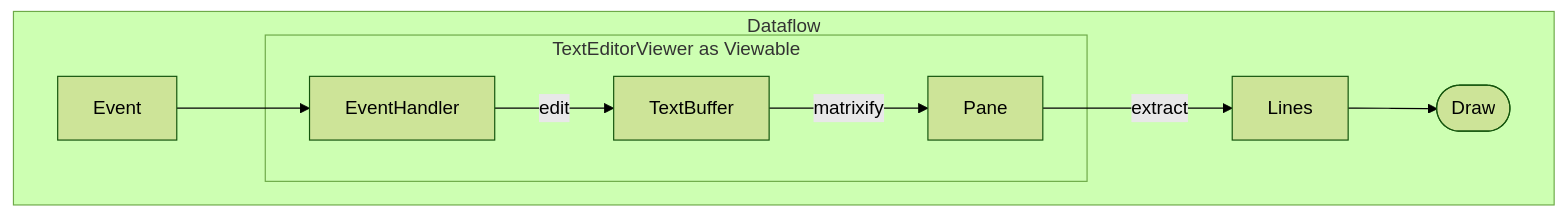
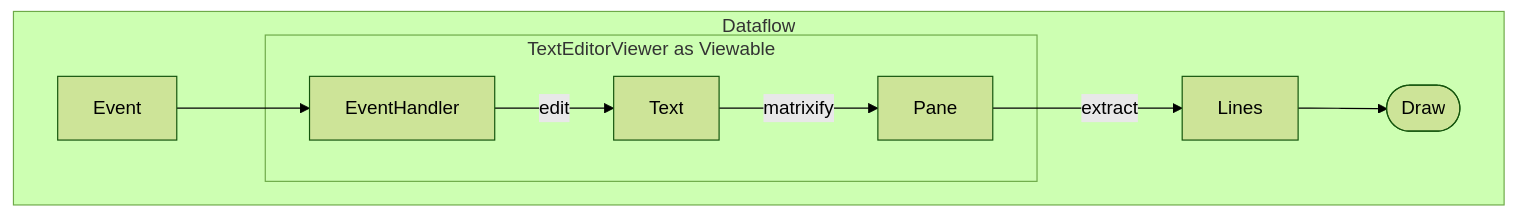
The diagram in README.md (ynqa/promkit), drawn with Mermaid (forest theme) before and after one commit. The commit also changed other lines of this file and 15 other files, not shown here.

````diff
--- a/README.md
+++ b/README.md
@@ -127,12 +127,12 @@
 ```mermaid
 graph
   subgraph Dataflow
     Event --> EventHandler
     subgraph TextEditorViewer as Viewable
-      EventHandler --> |edit| TextBuffer
-      TextBuffer --> |matrixify| Pane
+      EventHandler --> |edit| Text
+      Text --> |matrixify| Pane
     end
       Pane -->|extract| Lines
     Lines --> F([Draw])
   end
 ```
````
